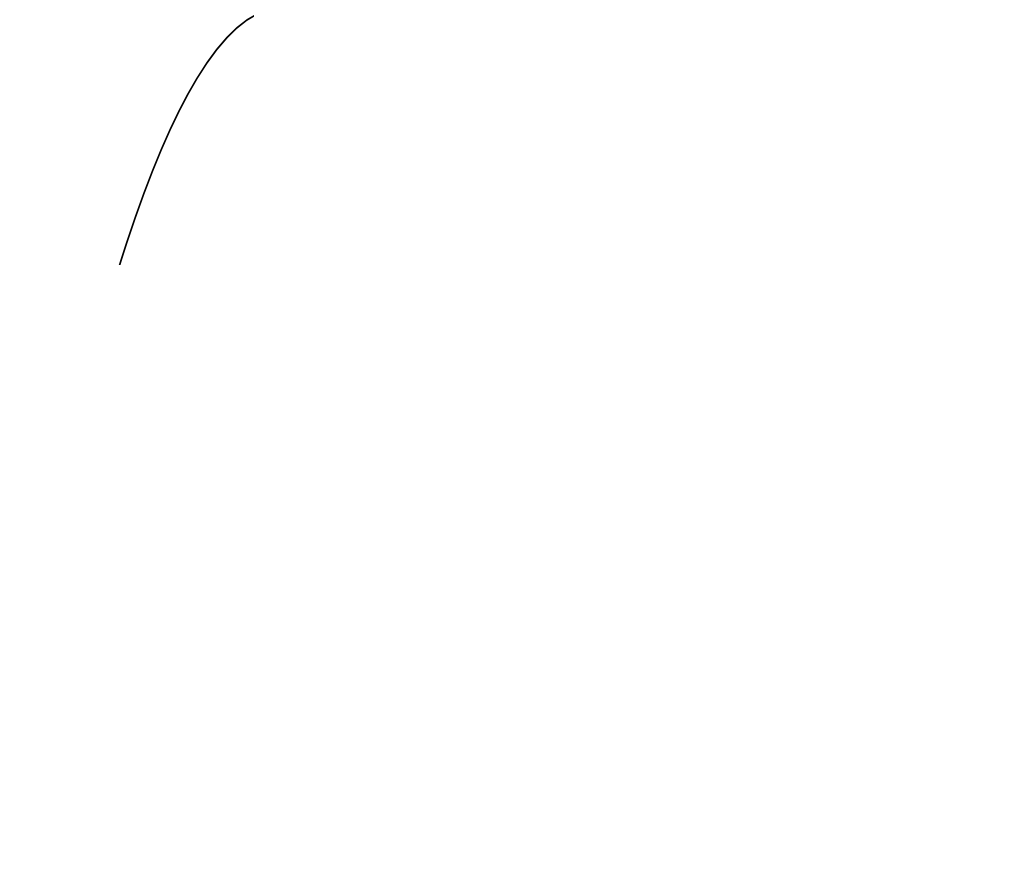
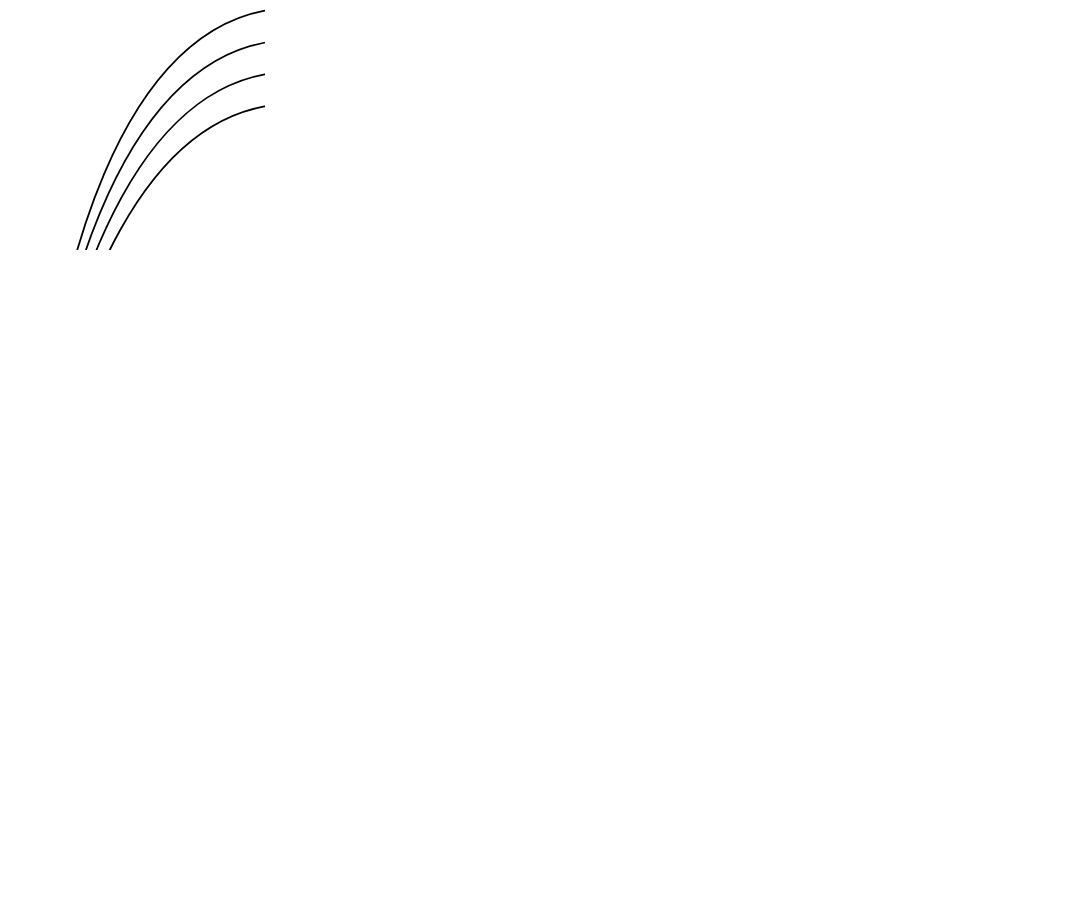
The diagram in graphs-networks/c-networks/graphviz/list_graph.dot (mickey-is-codin/data-structures), drawn with Graphviz before and after one commit. The commit also changed 6 other files, not shown here.

```diff
--- a/graphs-networks/c-networks/graphviz/list_graph.dot
+++ b/graphs-networks/c-networks/graphviz/list_graph.dot
@@ -1,52 +1,52 @@
 graph unix {
 	graph [ dpi = 300 ];
 	node [shape=circle];
 	size="6,6";
 	rankdir="LR";
 
-	"0" -- "2"
+	"0" -- "5"
+	"0" -- "8"
+	"0" -- "8"
 	"0" -- "6"
-	"1" -- "8"
-	"1" -- "8"
+	"0" -- "4"
+	"0" -- "8"
+	"1" -- "6"
 	"1" -- "5"
-	"1" -- "6"
-	"1" -- "4"
-	"2" -- "3"
-	"2" -- "3"
-	"2" -- "6"
-	"2" -- "7"
-	"2" -- "0"
-	"3" -- "2"
-	"3" -- "2"
+	"1" -- "2"
+	"2" -- "4"
+	"2" -- "8"
+	"2" -- "4"
+	"3" -- "0"
 	"3" -- "1"
-	"3" -- "9"
-	"3" -- "0"
+	"3" -- "5"
+	"3" -- "1"
 	"3" -- "7"
-	"3" -- "9"
-	"3" -- "6"
+	"4" -- "5"
+	"4" -- "3"
 	"4" -- "0"
 	"4" -- "3"
+	"4" -- "2"
+	"5" -- "2"
 	"5" -- "1"
 	"5" -- "4"
+	"6" -- "0"
 	"6" -- "1"
-	"6" -- "5"
-	"6" -- "3"
+	"6" -- "7"
 	"6" -- "1"
 	"6" -- "0"
-	"6" -- "3"
-	"7" -- "8"
+	"7" -- "9"
+	"7" -- "3"
+	"7" -- "0"
+	"7" -- "4"
+	"7" -- "5"
 	"7" -- "1"
-	"7" -- "5"
-	"7" -- "8"
-	"7" -- "0"
-	"8" -- "6"
+	"8" -- "1"
+	"8" -- "4"
+	"8" -- "3"
+	"8" -- "3"
 	"8" -- "9"
-	"8" -- "4"
-	"8" -- "2"
-	"8" -- "6"
-	"8" -- "4"
-	"9" -- "3"
-	"9" -- "5"
-	"9" -- "7"
-	"9" -- "2"
+	"8" -- "0"
+	"9" -- "8"
+	"9" -- "1"
+	"9" -- "0"
 }
```
